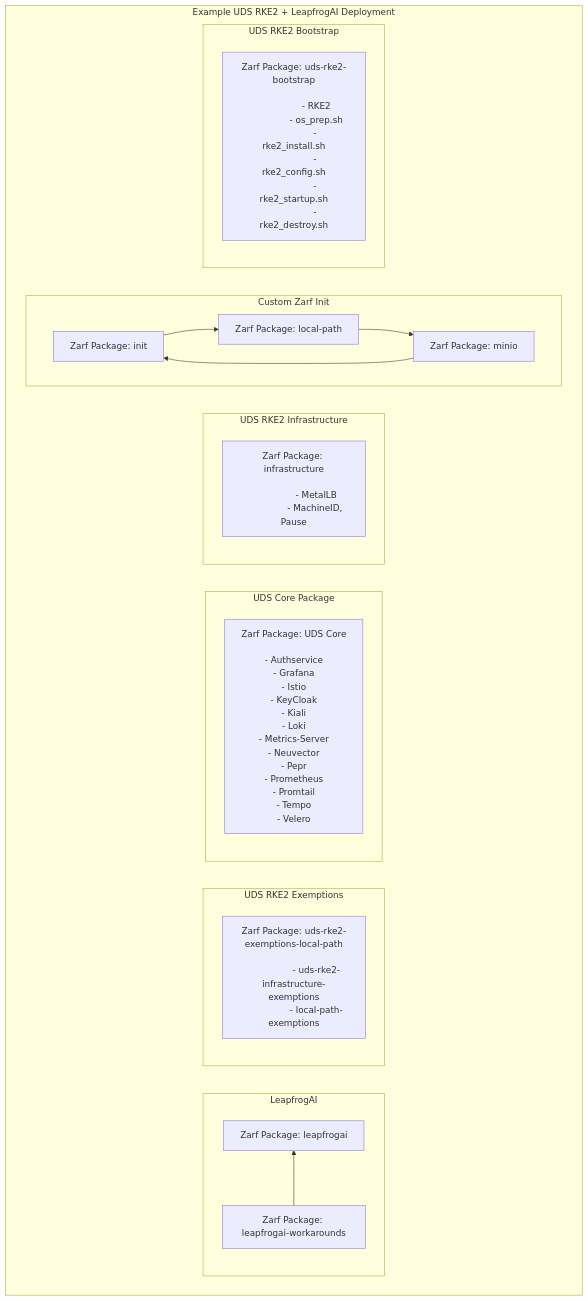
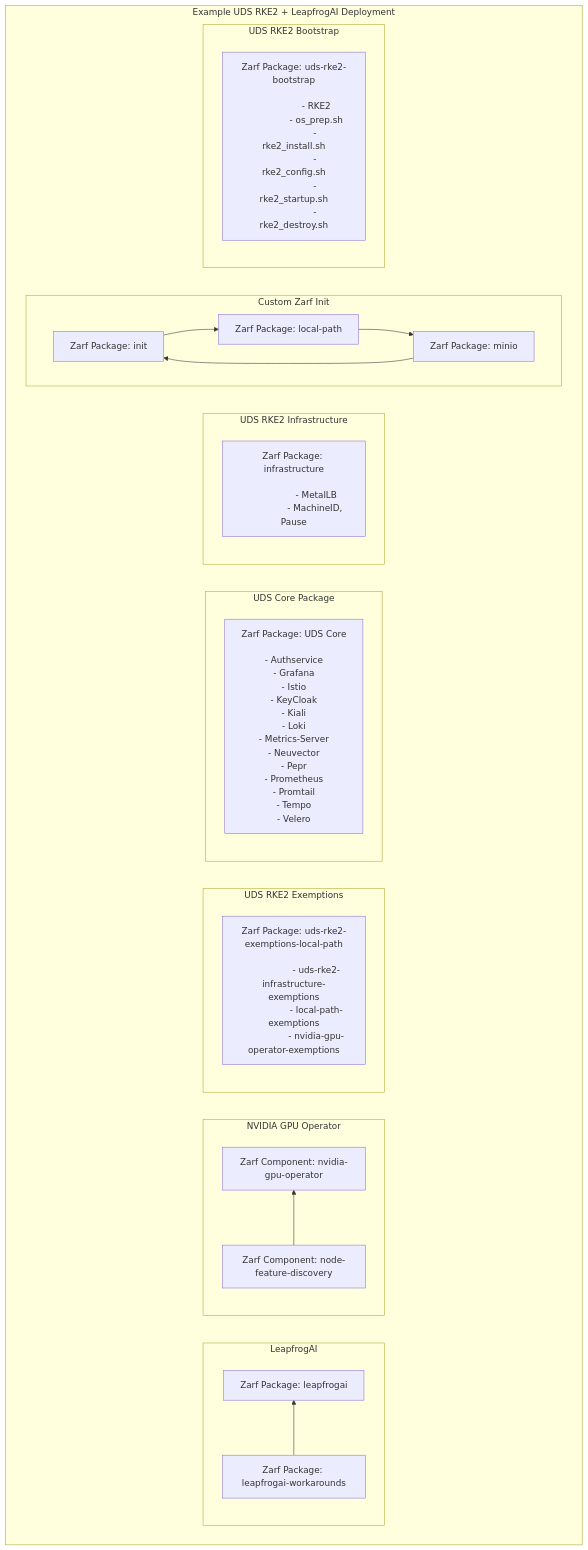
Before and after one commit to justinthelaw/uds-rke2: the diagram in docs/DIAGRAM.md, drawn with Mermaid. The commit also changed other lines of this file and 57 other files, not shown here.

First line of the commit message:
feat: nvidia gpu operator and ca signed tls certs (#39)

```diff
--- a/docs/DIAGRAM.md
+++ b/docs/DIAGRAM.md
@@ -14,12 +14,22 @@
             lfai_workarounds --> lfai_package
         end
 
+        init["Zarf Package: nvidia-gpu-operator"]
+        subgraph "NVIDIA GPU Operator"
+            nfd["Zarf Component: node-feature-discovery"]
+            nvidia["Zarf Component: nvidia-gpu-operator"]
+
+            direction BT
+            nfd --> nvidia
+        end
+
         subgraph "UDS RKE2 Exemptions"
             exemptions["
                 Zarf Package: uds-rke2-exemptions-local-path
 
                 - uds-rke2-infrastructure-exemptions
                 - local-path-exemptions
+                - nvidia-gpu-operator-exemptions
             "]
         end
 
@@ -42,6 +52,7 @@
                 - Velero
             "]
         end
+
         subgraph "UDS RKE2 Infrastructure"
             infrastructure["
                 Zarf Package: infrastructure
```
